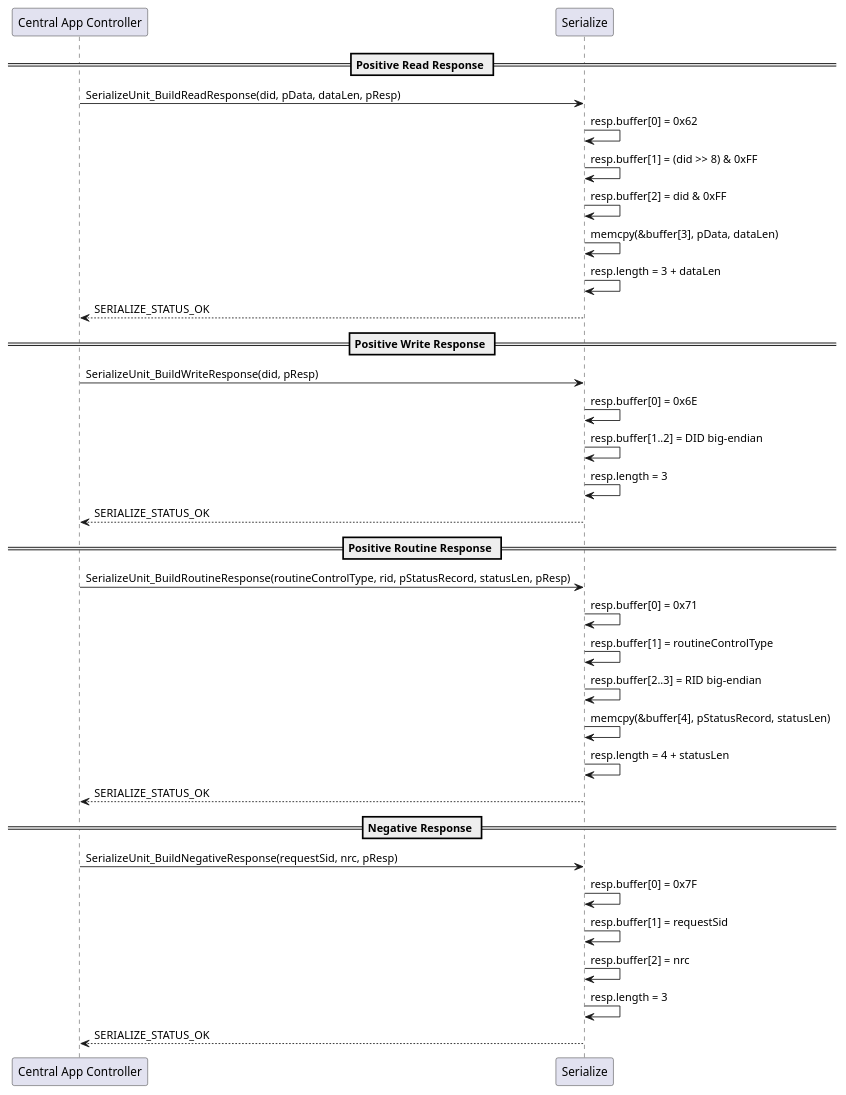
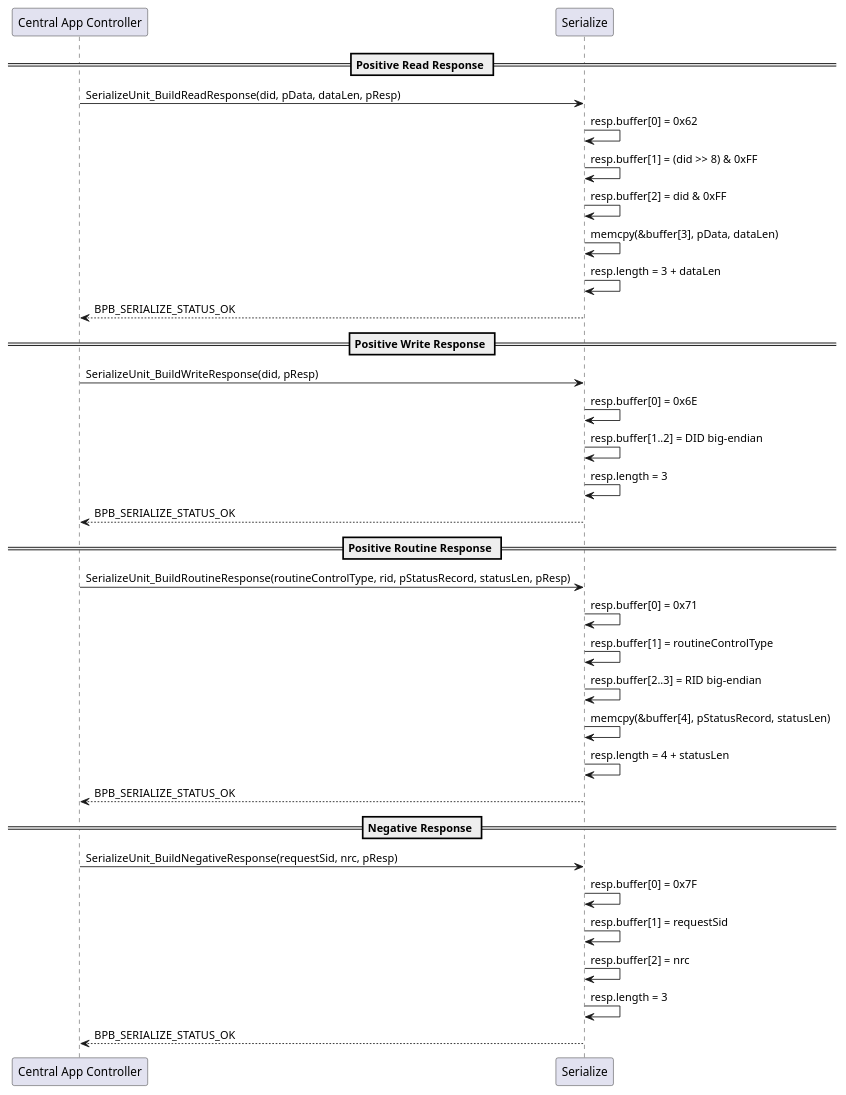
Before and after one commit to LinhTrucVo/Bico_Protocol_Bridge: the diagram in 3_swComp/layer2Service/serialize/2_design/serializeSequenceDiagram.puml, drawn with PlantUML. The commit also changed 195 other files, not shown here.

```diff
--- a/3_swComp/layer2Service/serialize/2_design/serializeSequenceDiagram.puml
+++ b/3_swComp/layer2Service/serialize/2_design/serializeSequenceDiagram.puml
@@ -1,37 +1,37 @@
 @startuml serializeSequenceDiagram
 participant "Central App Controller" as CAC
 participant "Serialize" as ser
 
 == Positive Read Response ==
 CAC -> ser : SerializeUnit_BuildReadResponse(did, pData, dataLen, pResp)
 ser -> ser : resp.buffer[0] = 0x62
 ser -> ser : resp.buffer[1] = (did >> 8) & 0xFF
 ser -> ser : resp.buffer[2] = did & 0xFF
 ser -> ser : memcpy(&buffer[3], pData, dataLen)
 ser -> ser : resp.length = 3 + dataLen
-ser --> CAC : SERIALIZE_STATUS_OK
+ser --> CAC : BPB_SERIALIZE_STATUS_OK
 
 == Positive Write Response ==
 CAC -> ser : SerializeUnit_BuildWriteResponse(did, pResp)
 ser -> ser : resp.buffer[0] = 0x6E
 ser -> ser : resp.buffer[1..2] = DID big-endian
 ser -> ser : resp.length = 3
-ser --> CAC : SERIALIZE_STATUS_OK
+ser --> CAC : BPB_SERIALIZE_STATUS_OK
 
 == Positive Routine Response ==
 CAC -> ser : SerializeUnit_BuildRoutineResponse(routineControlType, rid, pStatusRecord, statusLen, pResp)
 ser -> ser : resp.buffer[0] = 0x71
 ser -> ser : resp.buffer[1] = routineControlType
 ser -> ser : resp.buffer[2..3] = RID big-endian
 ser -> ser : memcpy(&buffer[4], pStatusRecord, statusLen)
 ser -> ser : resp.length = 4 + statusLen
-ser --> CAC : SERIALIZE_STATUS_OK
+ser --> CAC : BPB_SERIALIZE_STATUS_OK
 
 == Negative Response ==
 CAC -> ser : SerializeUnit_BuildNegativeResponse(requestSid, nrc, pResp)
 ser -> ser : resp.buffer[0] = 0x7F
 ser -> ser : resp.buffer[1] = requestSid
 ser -> ser : resp.buffer[2] = nrc
 ser -> ser : resp.length = 3
-ser --> CAC : SERIALIZE_STATUS_OK
+ser --> CAC : BPB_SERIALIZE_STATUS_OK
 @enduml
```
